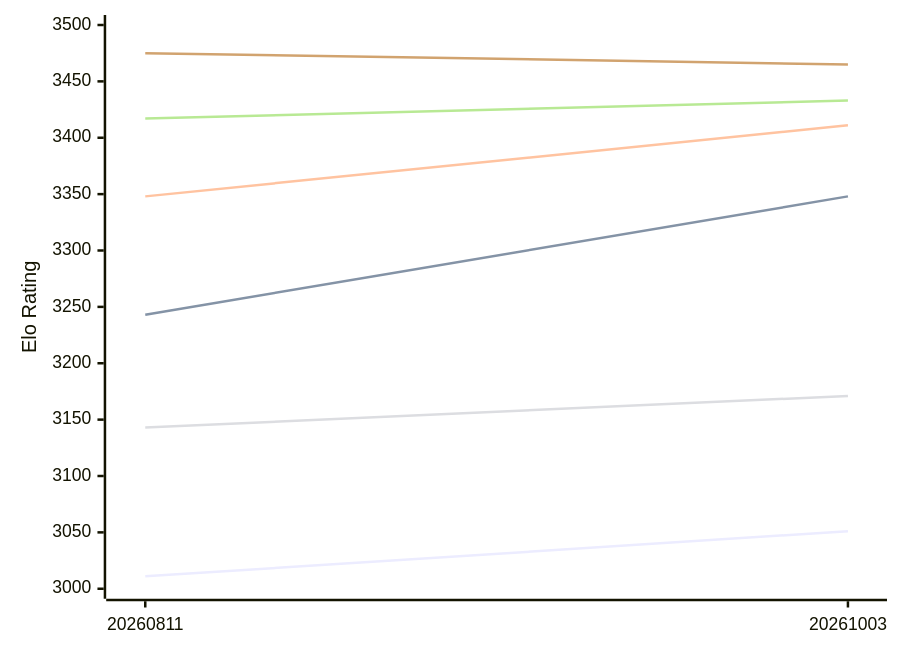
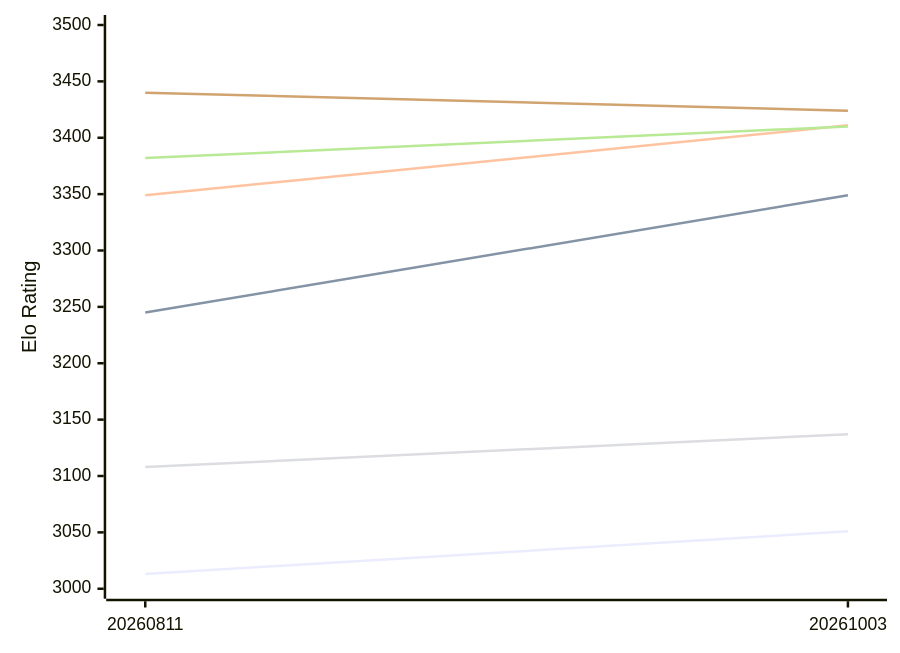
Before and after one commit to computer-chess-index/cci: the first of 2 diagrams in engines/Askaig.md, drawn with Mermaid. The commit also changed other lines of this file, not shown here.

Commit message:
Update CCI Ratings (ELO VLTC) - 2026-10-23

````diff
--- a/engines/Askaig.md
+++ b/engines/Askaig.md
@@ -52,12 +52,12 @@
 ```mermaid
 %%{init: {"theme":"base","themeVariables":{"seriesColors:['#a3a3a3','#222221','#faa371']}}}%%
 xychart-beta
   x-axis ["20260811", "20261003"]
   y-axis "Elo Rating" 3000 --> 3500
-  line "E1: STC (8.0+0.08s)" [3011, 3051]
-  line "E1: LTC (60.0+0.60s)" [3243, 3348]
-  line "E1: VLTC (2m24s+1.12s)" [3348, 3411]
-  line "P1: STC (8.0+0.08s)" [3143, 3171]
-  line "P1: LTC (60.0+0.60s)" [3417, 3433]
-  line "P1: VLTC (2m24s+1.12s)" [3475, 3465]
+  line "E1: STC (8.0+0.08s)" [3013, 3051]
+  line "E1: LTC (60.0+0.60s)" [3245, 3349]
+  line "E1: VLTC (2m24s+1.12s)" [3349, 3411]
+  line "P1: STC (8.0+0.08s)" [3108, 3137]
+  line "P1: LTC (60.0+0.60s)" [3382, 3410]
+  line "P1: VLTC (2m24s+1.12s)" [3440, 3424]
 ```
````
